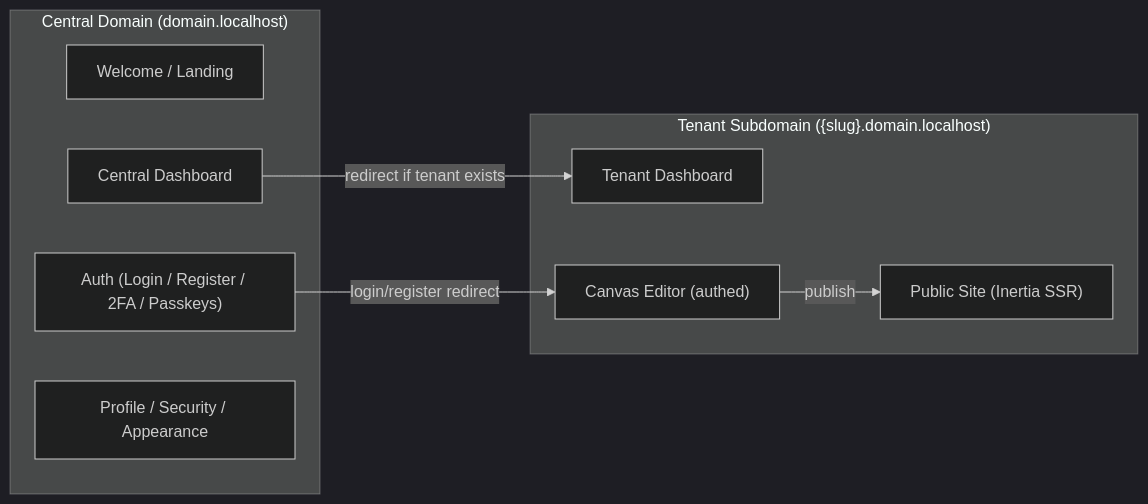
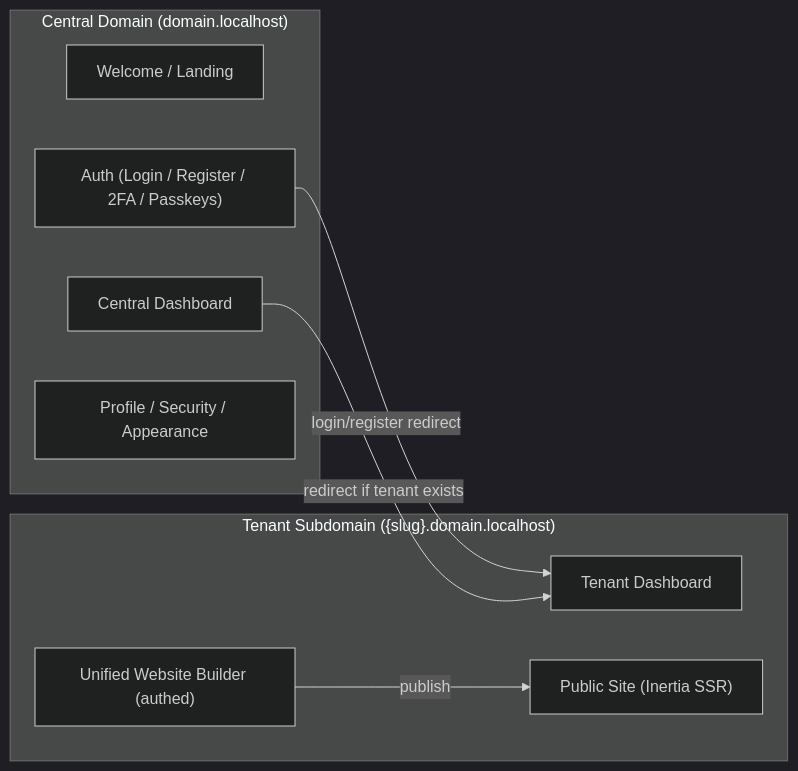
One commit to TDRodney/web-builder changed the first of 7 diagrams in spec.md. Above: the diagram before and after it, drawn with Mermaid (dark theme). The commit also changed other lines of this file and 101 other files, not shown here.

````diff
--- a/spec.md
+++ b/spec.md
@@ -18,19 +18,19 @@
 ```mermaid
 graph LR
   subgraph Central["Central Domain (domain.localhost)"]
     Welcome["Welcome / Landing"]
     Auth["Auth (Login / Register / 2FA / Passkeys)"]
     Dashboard["Central Dashboard"]
     Settings["Profile / Security / Appearance"]
   end
 
   subgraph Tenant["Tenant Subdomain ({slug}.domain.localhost)"]
     TenantDash["Tenant Dashboard"]
-    Editor["Canvas Editor (authed)"]
+    Editor["Unified Website Builder (authed)"]
     Public["Public Site (Inertia SSR)"]
   end
 
-  Auth -- "login/register redirect" --> Editor
+  Auth -- "login/register redirect" --> TenantDash
   Dashboard -- "redirect if tenant exists" --> TenantDash
   Editor -- "publish" --> Public
 ```
````
